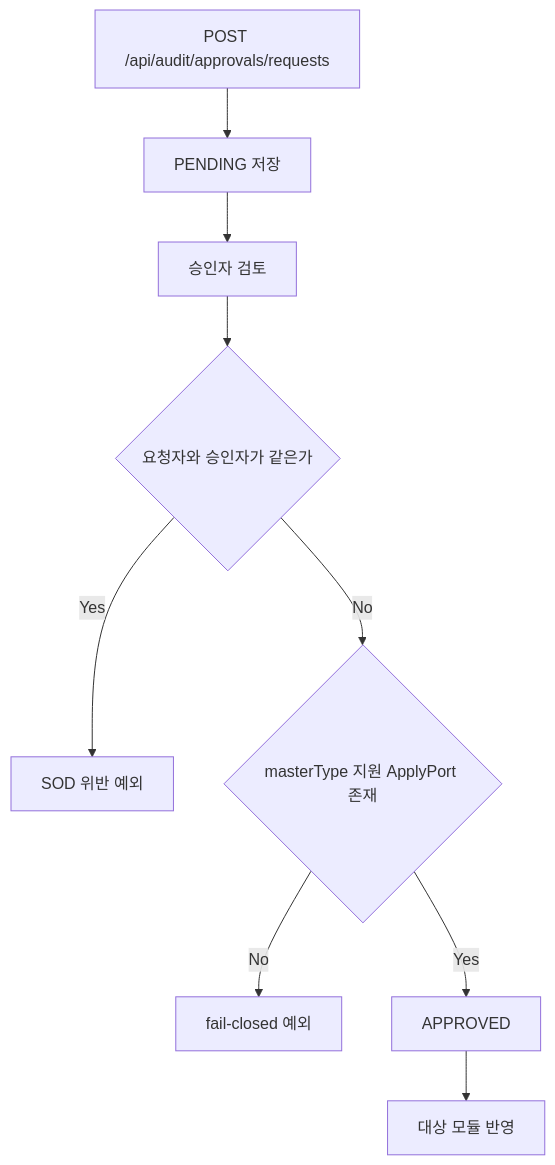
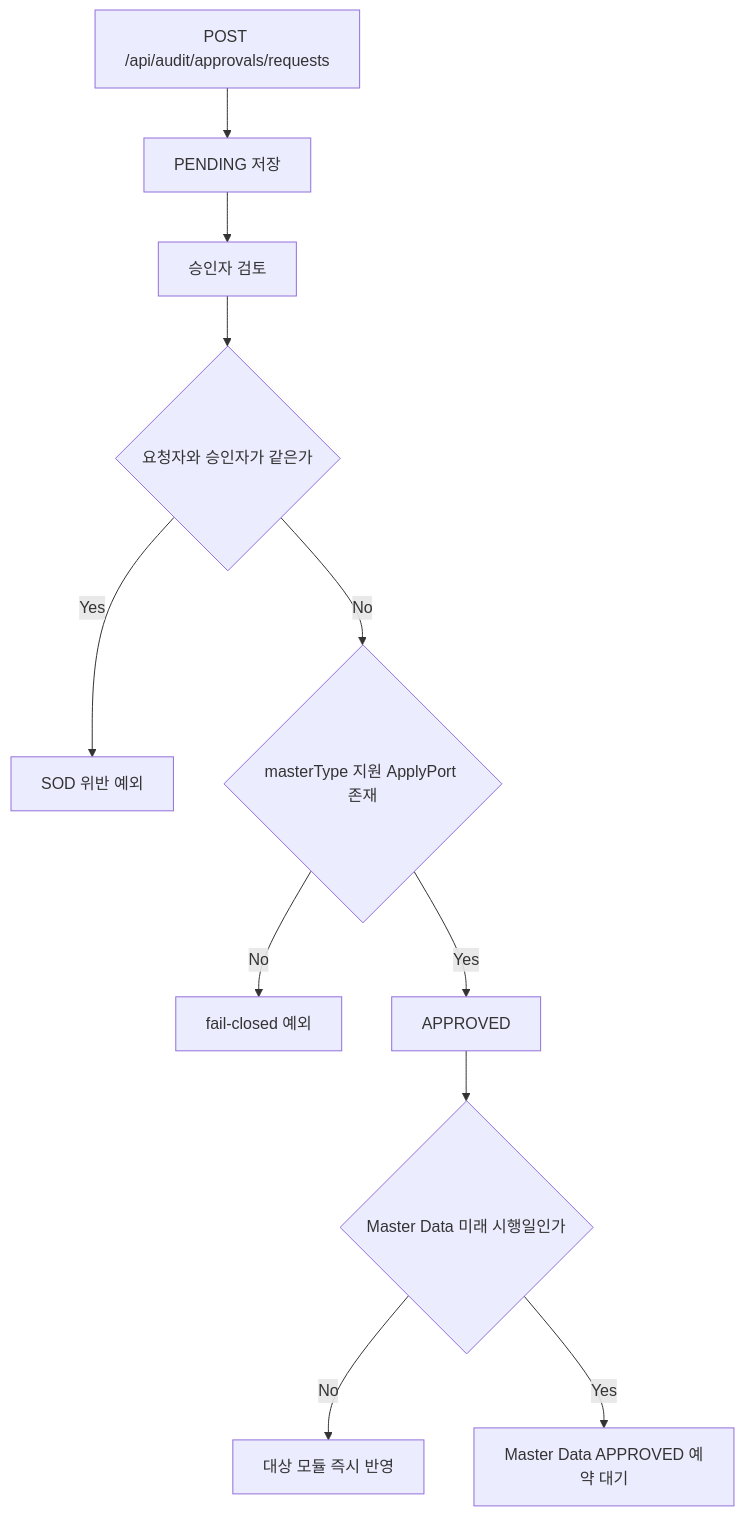
The second of 4 diagrams in governance/docs/process-flow.md (skyg547/account), drawn with Mermaid before and after one commit. The commit also changed other lines of this file and 139 other files, not shown here.

````diff
--- a/governance/docs/process-flow.md
+++ b/governance/docs/process-flow.md
@@ -24,11 +24,13 @@
 ```mermaid
 flowchart TD
     A[POST /api/audit/approvals/requests] --> B[PENDING 저장]
     B --> C[승인자 검토]
     C --> D{요청자와 승인자가 같은가}
     D -->|Yes| E[SOD 위반 예외]
     D -->|No| F{masterType 지원 ApplyPort 존재}
     F -->|No| G[fail-closed 예외]
     F -->|Yes| H[APPROVED]
-    H --> I[대상 모듈 반영]
+    H --> I{Master Data 미래 시행일인가}
+    I -->|No| J[대상 모듈 즉시 반영]
+    I -->|Yes| K[Master Data APPROVED 예약 대기]
 ```
````
